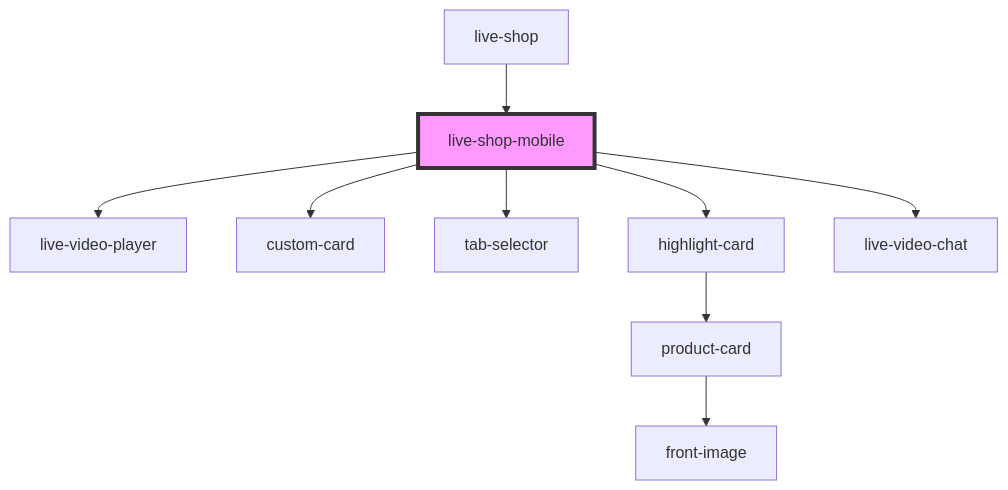
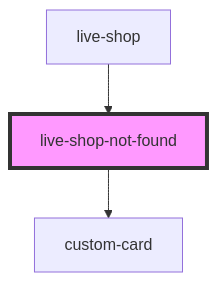
Before and after one commit to commerce-suite/storefront-components: the diagram in src/components/live-shop/snippets/readme.md, drawn with Mermaid. The commit also changed other lines of this file and 7 other files, not shown here.

Commit message:
refactor: criacao de snippet live shop not found

````diff
--- a/src/components/live-shop/snippets/readme.md
+++ b/src/components/live-shop/snippets/readme.md
@@ -39,12 +26,6 @@
 ```mermaid
 graph TD;
-  live-shop-mobile --> live-video-player
-  live-shop-mobile --> custom-card
-  live-shop-mobile --> tab-selector
-  live-shop-mobile --> highlight-card
-  live-shop-mobile --> live-video-chat
-  highlight-card --> product-card
-  product-card --> front-image
-  live-shop --> live-shop-mobile
-  style live-shop-mobile fill:#f9f,stroke:#333,stroke-width:4px
+  live-shop-not-found --> custom-card
+  live-shop --> live-shop-not-found
+  style live-shop-not-found fill:#f9f,stroke:#333,stroke-width:4px
 ```
````
